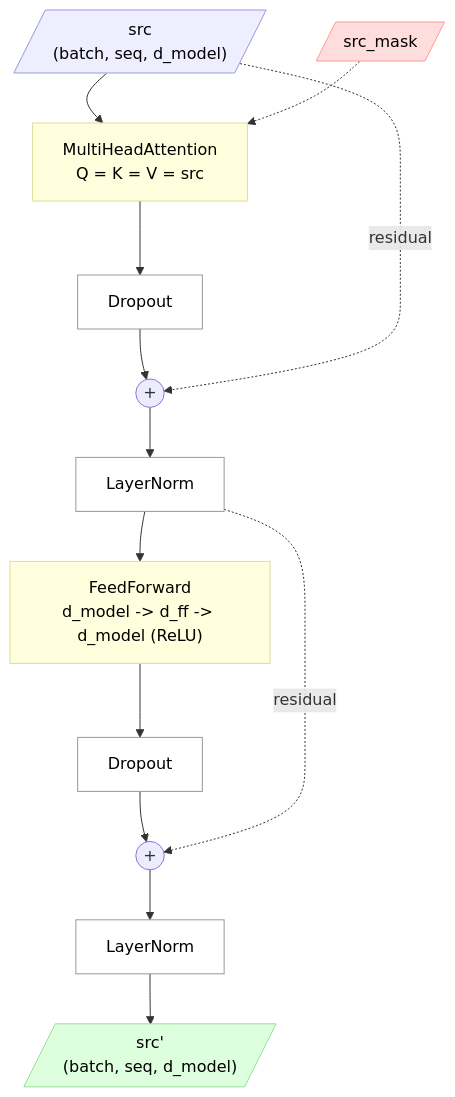
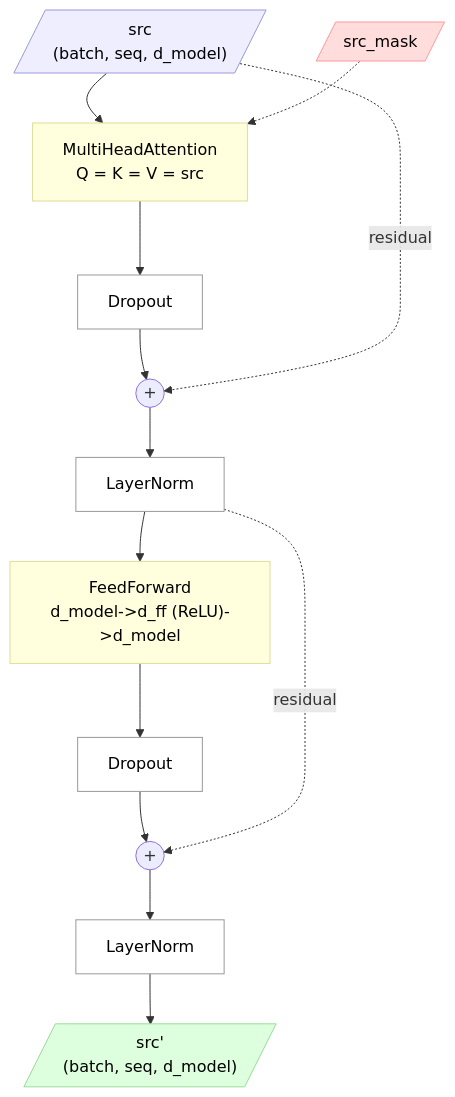
The first of 2 diagrams in transformer/docs/architecture/encoder.md (SamyamoyRakshit/papers-from-scratch), drawn with Mermaid before and after one commit.

Commit message:
fix: Update FeedForward layer flowchart syntax for clarity

````diff
--- a/transformer/docs/architecture/encoder.md
+++ b/transformer/docs/architecture/encoder.md
@@ -56,30 +56,30 @@
 ```mermaid
 flowchart TD
     IN[/"src<br/>(batch, seq, d_model)"/]
     MASK[/"src_mask"/]
 
     IN --> SA["MultiHeadAttention<br/>Q = K = V = src"]
     MASK -.-> SA
     SA --> D1["Dropout"]
     D1 --> ADD1(("+"))
     IN -.->|"residual"| ADD1
     ADD1 --> N1["LayerNorm"]
 
-    N1 --> FF["FeedForward<br/>d_model -> d_ff -> d_model (ReLU)"]
+    N1 --> FF["FeedForward<br/>d_model->d_ff (ReLU)->d_model"]
     FF --> D2["Dropout"]
     D2 --> ADD2(("+"))
     N1 -.->|"residual"| ADD2
     ADD2 --> N2["LayerNorm"]
 
     N2 --> OUT[/"src'<br/>(batch, seq, d_model)"/]
 
     style IN fill:#eef,stroke:#99d,color:#000
     style OUT fill:#dfd,stroke:#9d9,color:#000
     style MASK fill:#fdd,stroke:#f99,color:#000
     style SA fill:#ffd,stroke:#dd9,color:#000
     style FF fill:#ffd,stroke:#dd9,color:#000
     style D1 fill:#fff,stroke:#999,color:#000
     style D2 fill:#fff,stroke:#999,color:#000
     style N1 fill:#fff,stroke:#999,color:#000
     style N2 fill:#fff,stroke:#999,color:#000
 ```
````
